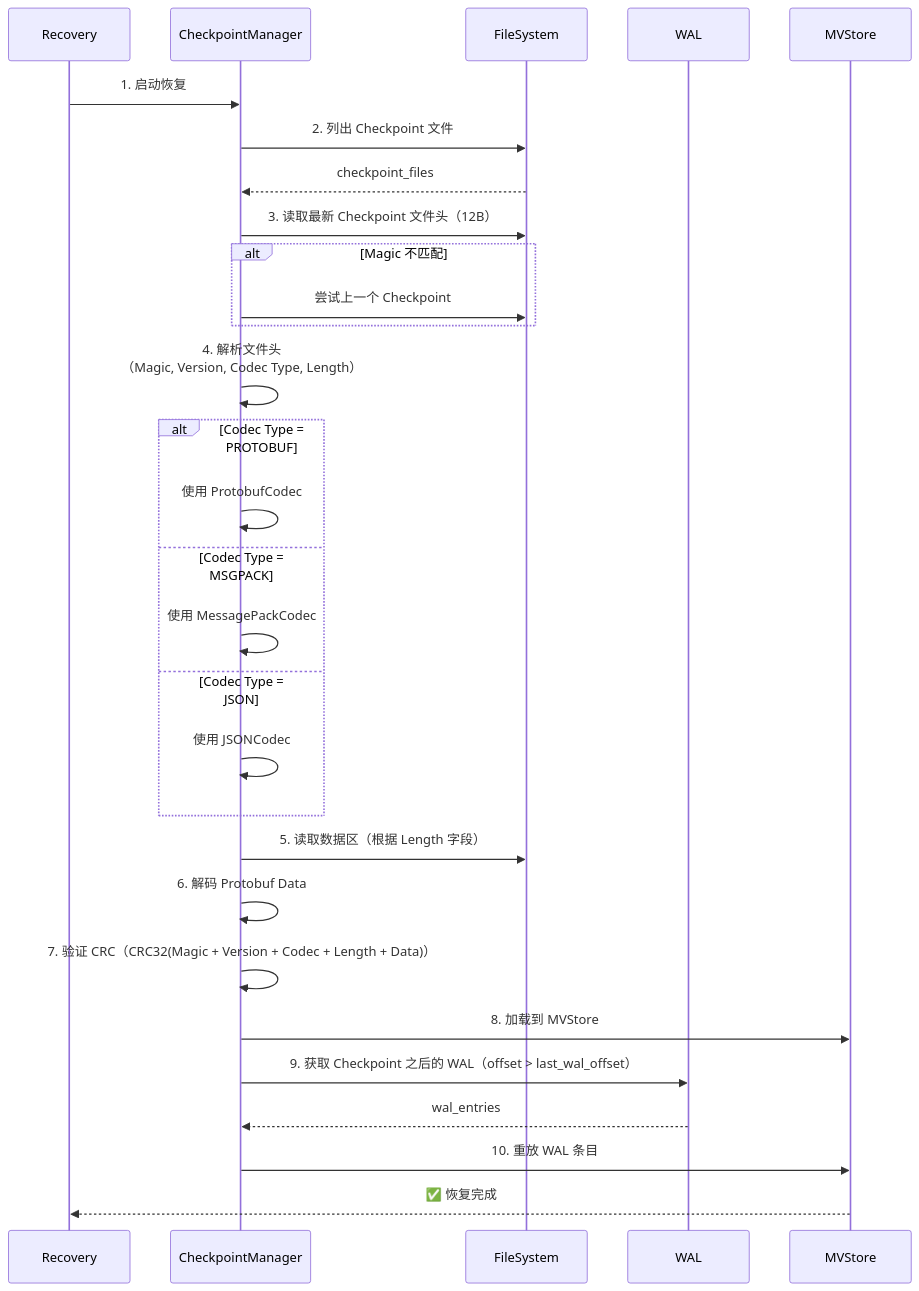
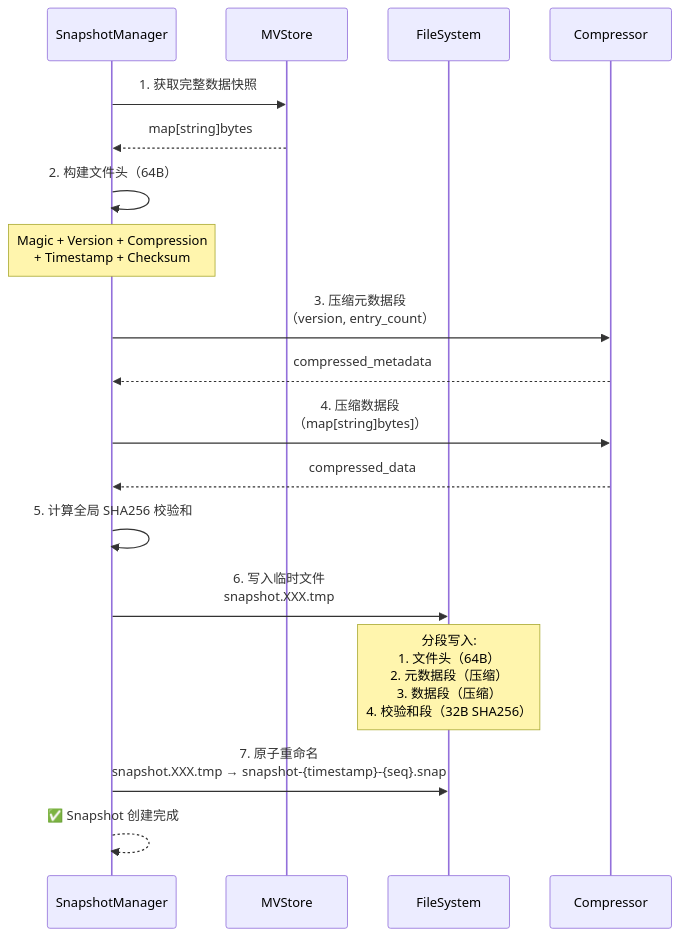
The fifth of 8 diagrams in docs/06_project_management/pr_documents/feature/2026-01-19_PR-003_WAL_Checkpoint_机制实现_Pre.md (jzhang405/NexKV), drawn with Mermaid before and after one commit. The commit also changed other lines of this file and 51 other files, not shown here.

````diff
--- a/docs/06_project_management/pr_documents/feature/2026-01-19_PR-003_WAL_Checkpoint_机制实现_Pre.md
+++ b/docs/06_project_management/pr_documents/feature/2026-01-19_PR-003_WAL_Checkpoint_机制实现_Pre.md
@@ -430,43 +536,28 @@
 ```mermaid
 sequenceDiagram
-    participant R as Recovery
-    participant CM as CheckpointManager
+    participant SM as SnapshotManager
+    participant MV as MVStore
     participant FS as FileSystem
-    participant WAL as WAL
-    participant MV as MVStore
+    participant CMP as Compressor
 
-    R->>CM: 1. 启动恢复
+    SM->>MV: 1. 获取完整数据快照
+    MV-->>SM: map[string]bytes
 
-    CM->>FS: 2. 列出 Checkpoint 文件
-    FS-->>CM: checkpoint_files
+    SM->>SM: 2. 构建文件头（64B）
+    Note over SM: Magic + Version + Compression<br/>+ Timestamp + Checksum
 
-    CM->>FS: 3. 读取最新 Checkpoint 文件头（12B）
+    SM->>CMP: 3. 压缩元数据段<br/>（version, entry_count）
+    CMP-->>SM: compressed_metadata
 
-    alt Magic 不匹配
-        CM->>FS: 尝试上一个 Checkpoint
-    end
+    SM->>CMP: 4. 压缩数据段<br/>（map[string]bytes]）
+    CMP-->>SM: compressed_data
 
-    CM->>CM: 4. 解析文件头<br/>（Magic, Version, Codec Type, Length）
+    SM->>SM: 5. 计算全局 SHA256 校验和
 
-    alt Codec Type = PROTOBUF
-        CM->>CM: 使用 ProtobufCodec
-    else Codec Type = MSGPACK
-        CM->>CM: 使用 MessagePackCodec
-    else Codec Type = JSON
-        CM->>CM: 使用 JSONCodec
-    end
+    SM->>FS: 6. 写入临时文件<br/>snapshot.XXX.tmp
+    Note over FS: 分段写入:<br/>1. 文件头（64B）<br/>2. 元数据段（压缩）<br/>3. 数据段（压缩）<br/>4. 校验和段（32B SHA256）
 
-    CM->>FS: 5. 读取数据区（根据 Length 字段）
-    CM->>CM: 6. 解码 Protobuf Data
+    SM->>FS: 7. 原子重命名<br/>snapshot.XXX.tmp → snapshot-{timestamp}-{seq}.snap
 
-    CM->>CM: 7. 验证 CRC（CRC32(Magic + Version + Codec + Length + Data)）
-
-    CM->>MV: 8. 加载到 MVStore
-
-    CM->>WAL: 9. 获取 Checkpoint 之后的 WAL（offset > last_wal_offset）
-    WAL-->>CM: wal_entries
-
-    CM->>MV: 10. 重放 WAL 条目
-
-    MV-->>R: ✅ 恢复完成
+    SM-->>SM: ✅ Snapshot 创建完成
 ```
````
